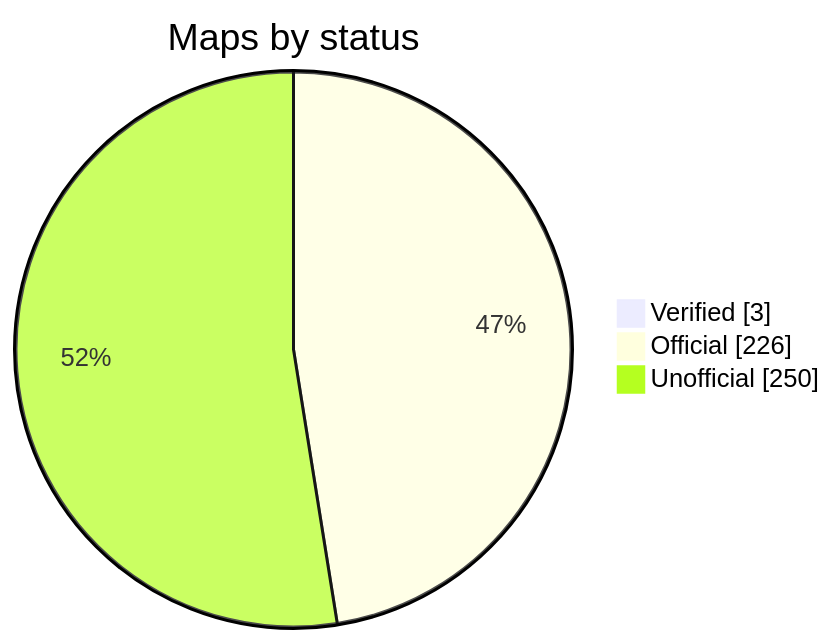
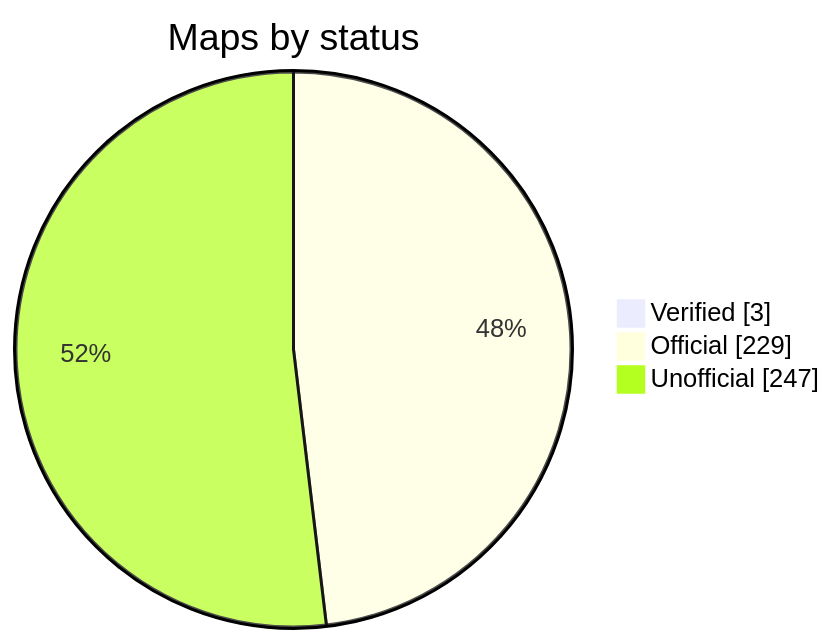
One commit to nobrega8/mbmap-library changed the diagram in README.md. Above: the diagram before and after it, drawn with Mermaid. The commit also changed 4 other files, not shown here.

````diff
--- a/README.md
+++ b/README.md
@@ -48,7 +48,7 @@
 ```mermaid
 pie showData
     title Maps by status
     "Verified" : 3
-    "Official" : 226
-    "Unofficial" : 250
+    "Official" : 229
+    "Unofficial" : 247
 ```
````
